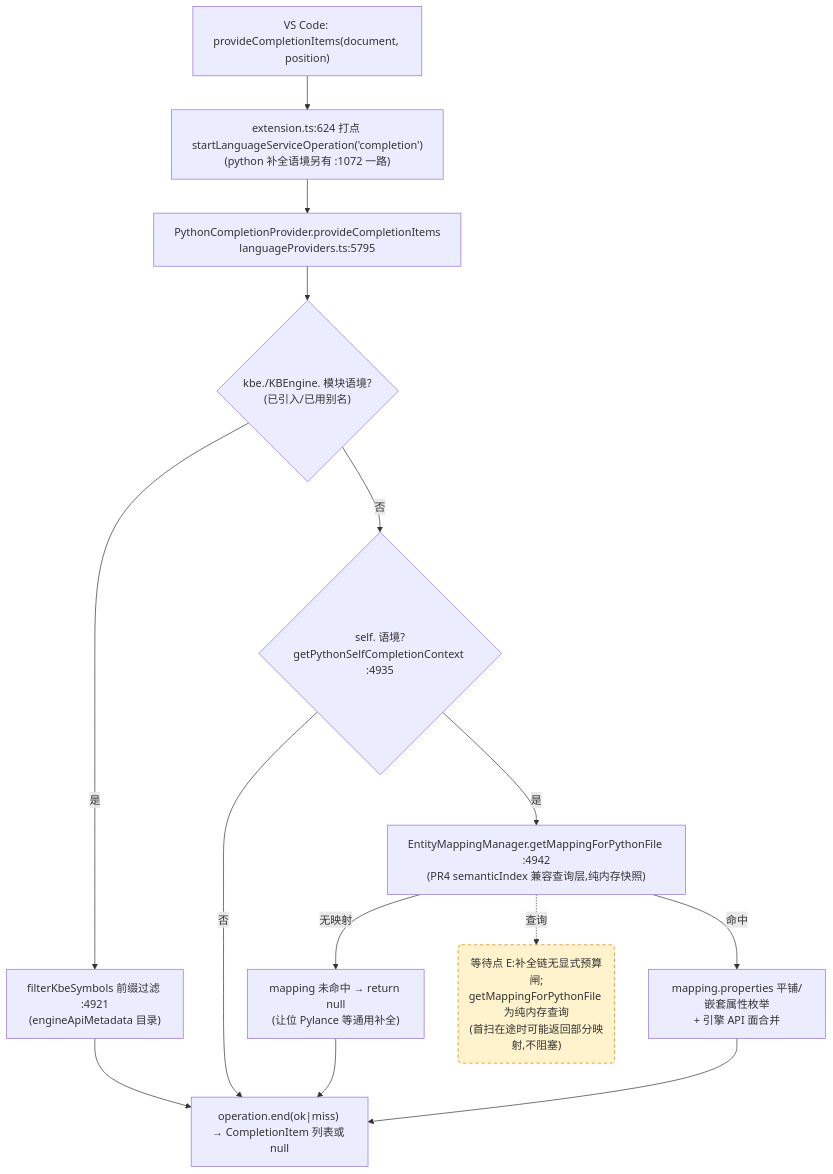
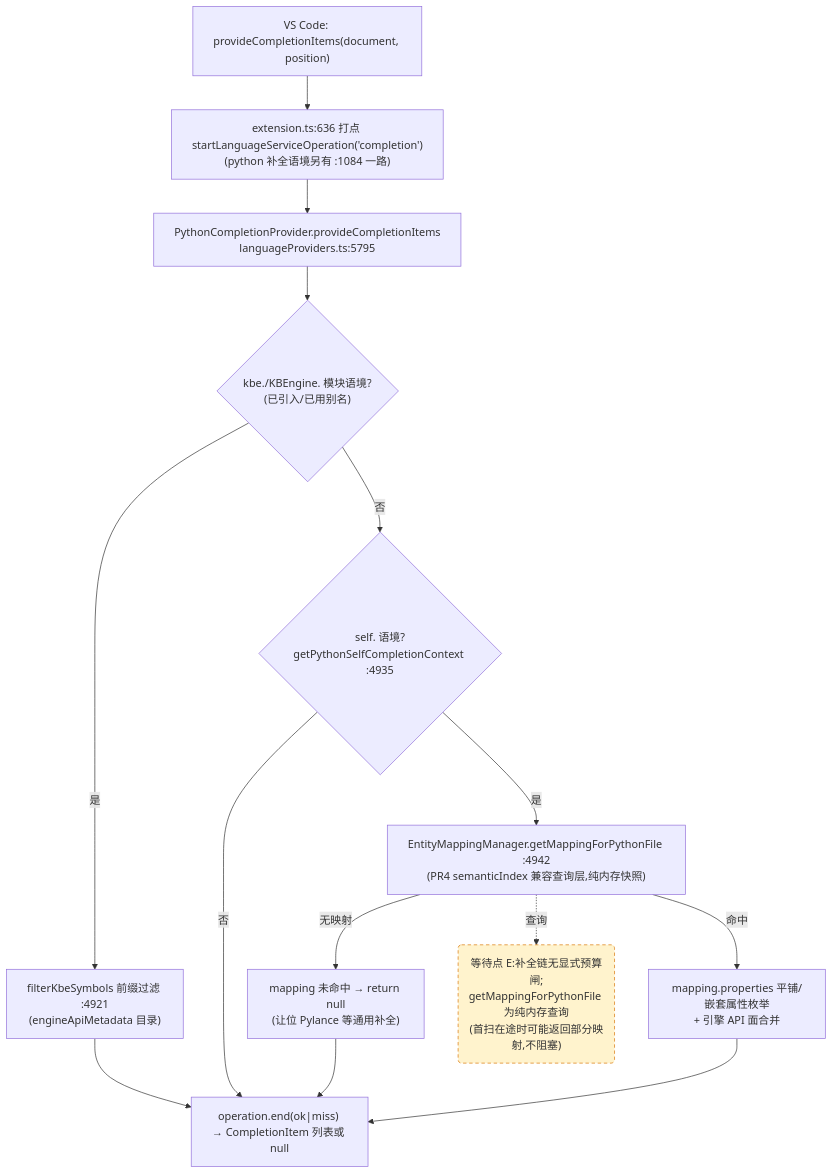
One commit to cuihairu/kode changed the third of 4 diagrams in docs/perf/2026-baseline.md. Above: the diagram before and after it, drawn with Mermaid. The commit also changed other lines of this file and 12 other files, not shown here.

````diff
--- a/docs/perf/2026-baseline.md
+++ b/docs/perf/2026-baseline.md
@@ -184,27 +184,27 @@
 ```mermaid
 flowchart TD
   VC3["VS Code: provideCompletionItems(document, position)"]
-  M3["extension.ts:624 打点 startLanguageServiceOperation('completion')<br/>(python 补全语境另有 :1072 一路)"]
+  M3["extension.ts:636 打点 startLanguageServiceOperation('completion')<br/>(python 补全语境另有 :1084 一路)"]
   CP["PythonCompletionProvider.provideCompletionItems<br/>languageProviders.ts:5795"]
   KBEC{"kbe./KBEngine. 模块语境?<br/>(已引入/已用别名)"}
   FILTER["filterKbeSymbols 前缀过滤 :4921<br/>(engineApiMetadata 目录)"]
   SELFC{"self. 语境?<br/>getPythonSelfCompletionContext :4935"}
   MAP["EntityMappingManager.getMappingForPythonFile :4942<br/>(PR4 semanticIndex 兼容查询层,纯内存快照)"]
   NOMAP["mapping 未命中 → return null<br/>(让位 Pylance 等通用补全)"]
   PROPS["mapping.properties 平铺/嵌套属性枚举<br/>+ 引擎 API 面合并"]
   END3["operation.end(ok|miss) → CompletionItem 列表或 null"]
 
   VC3 --> M3 --> CP --> KBEC
   KBEC -- "是" --> FILTER --> END3
   KBEC -- "否" --> SELFC
   SELFC -- "否" --> END3
   SELFC -- "是" --> MAP
   MAP -- "无映射" --> NOMAP --> END3
   MAP -- "命中" --> PROPS --> END3
 
   WAITE("等待点 E:补全链无显式预算闸;<br/>getMappingForPythonFile 为纯内存查询<br/>(首扫在途时可能返回部分映射,不阻塞)")
   MAP -.->|查询| WAITE
 
   classDef waitPoint fill:#fff3cd,stroke:#d97706,stroke-dasharray:5 4;
   class WAITE waitPoint;
 ```
````
